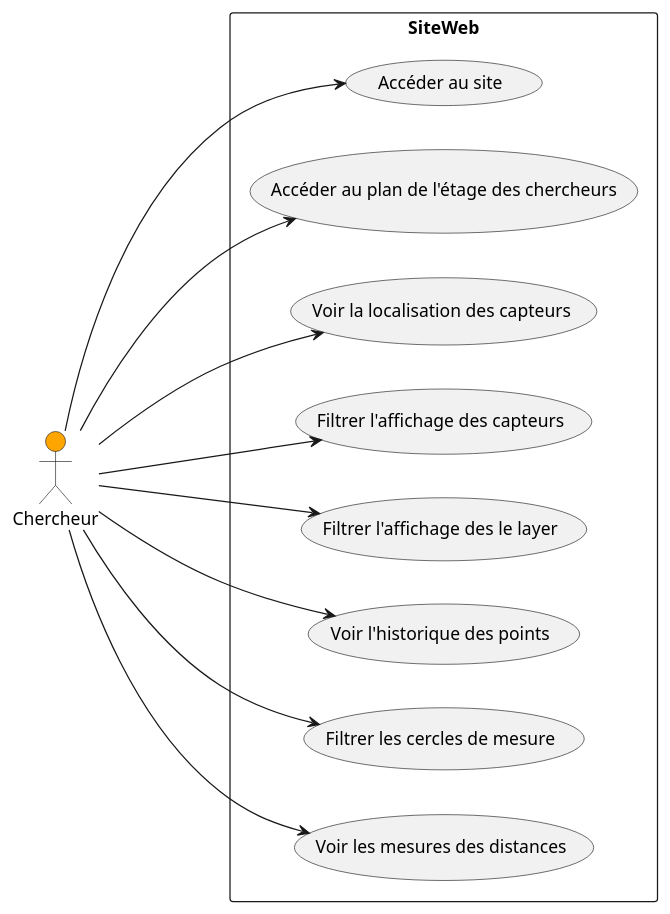
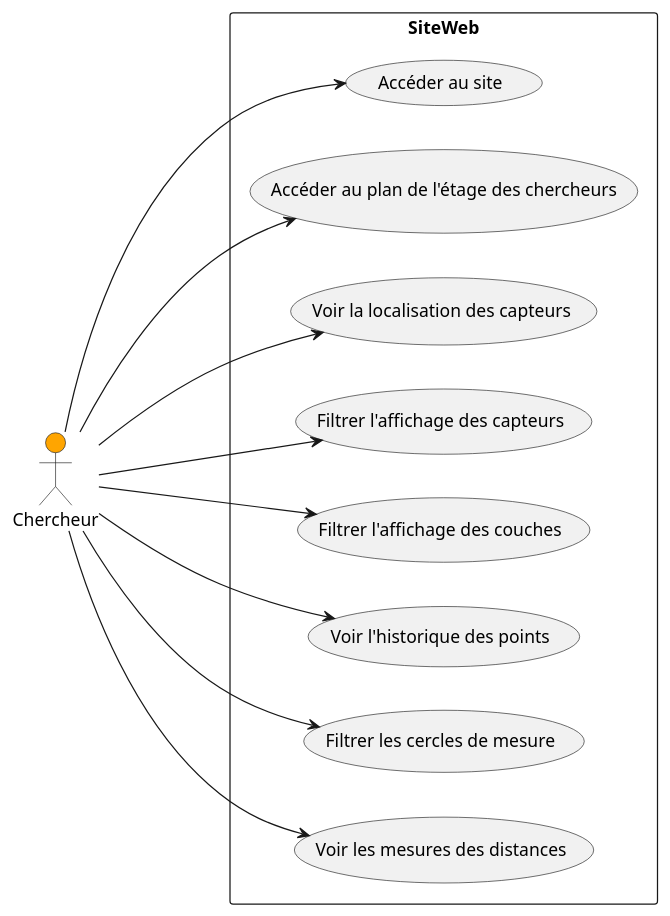
Before and after one commit to IUT-Blagnac/SAE-ALT-S3-Dev-23-24-LocURa-Equipe-3A04: the diagram in Doc/srcPlantUml/UseCase.puml, drawn with PlantUML.

Commit message:
Correction faute de frappe dans le use case

```diff
--- a/Doc/srcPlantUml/UseCase.puml
+++ b/Doc/srcPlantUml/UseCase.puml
@@ -1,26 +1,26 @@
 @startuml
 
 left to right direction
 
 actor User as "Chercheur" #orange
 
 rectangle SiteWeb {
     usecase (Accéder au site) as UC
     usecase (Accéder au plan de l'étage des chercheurs) as UC0
     usecase (Voir la localisation des capteurs) as UC1
     usecase (Filtrer l'affichage des capteurs) as UC2
-    usecase (Filtrer l'affichage des le layer) as UC3
+    usecase (Filtrer l'affichage des couches) as UC3
     usecase (Voir l'historique des points) as UC4
     usecase (Filtrer les cercles de mesure) as UC5
     usecase (Voir les mesures des distances) as UC6
 }
 User ---> UC
 User ---> UC0
 User ---> UC1 
 User ---> UC2
 User ---> UC3
 User ---> UC4
 User ---> UC5
 User ---> UC6
 
 @enduml
```
